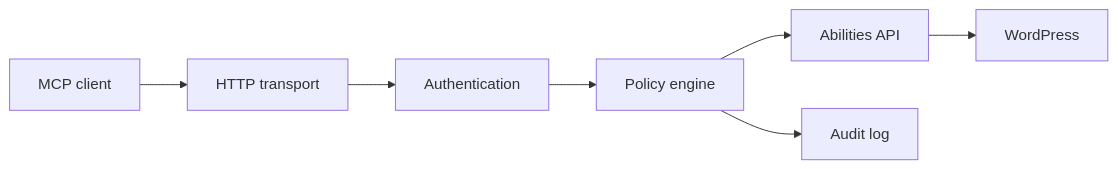
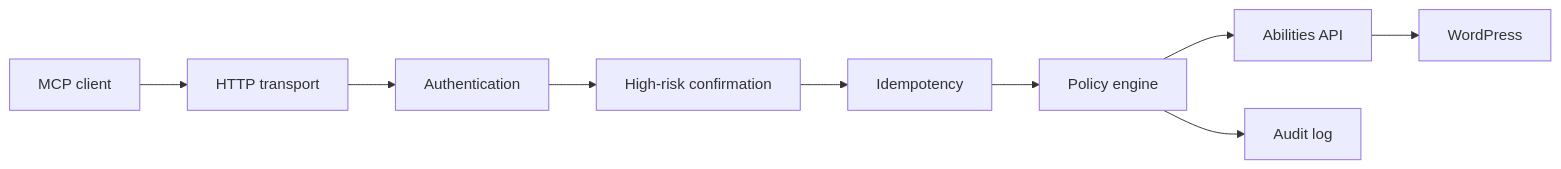
The first of 2 diagrams in README.md (akelaonline/WP-Nerve), drawn with Mermaid before and after one commit. The commit also changed other lines of this file and 39 other files, not shown here.

Commit message:
feat: require admin confirmation for high-risk tools

````diff
--- a/README.md
+++ b/README.md
@@ -59,9 +64,11 @@
 ```mermaid
 flowchart LR
     A["MCP client"] --> B["HTTP transport"]
     B --> C["Authentication"]
-    C --> D["Policy engine"]
-    D --> E["Abilities API"]
-    E --> F["WordPress"]
-    D --> G["Audit log"]
+    C --> D["High-risk confirmation"]
+    D --> E["Idempotency"]
+    E --> F["Policy engine"]
+    F --> G["Abilities API"]
+    G --> H["WordPress"]
+    F --> I["Audit log"]
 ```
````
